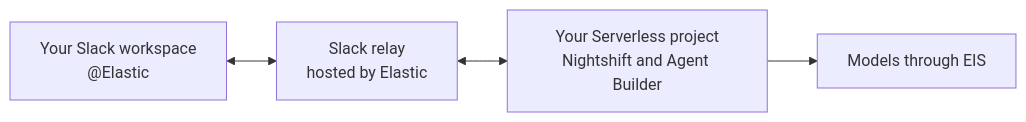
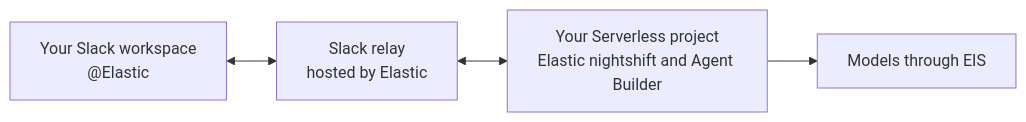
The diagram in solutions/observability/nightshift/slack-app.md (elastic/docs-content), drawn with Mermaid before and after one commit. The commit also changed other lines of this file and 3 other files, not shown here.

````diff
--- a/solutions/observability/nightshift/slack-app.md
+++ b/solutions/observability/nightshift/slack-app.md
@@ -22,6 +22,6 @@
 ```mermaid
 flowchart LR
     S["Your Slack workspace<br/>@Elastic"] <--> R["Slack relay<br/>hosted by Elastic"]
-    R <--> P["Your Serverless project<br/>Nightshift and Agent Builder"]
+    R <--> P["Your Serverless project<br/>Elastic nightshift and Agent Builder"]
     P --> M["Models through EIS"]
 ```
````
